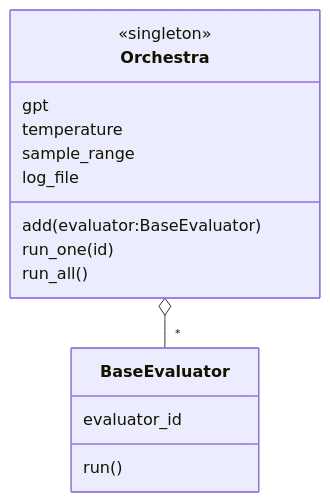
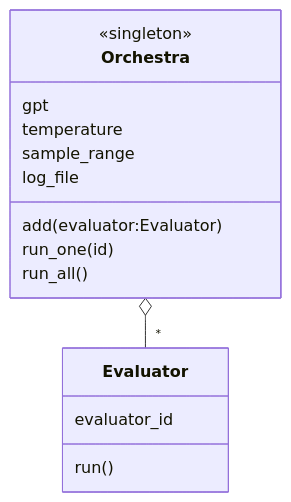
One commit to ulpgc-ai/evalia changed the fourth of 5 diagrams in class_architecture.md. Above: the diagram before and after it, drawn with Mermaid. The commit also changed other lines of this file and 14 other files, not shown here.

Commit message:
rename BaseEvaluator --> Evaluator

````diff
--- a/class_architecture.md
+++ b/class_architecture.md
@@ -142,18 +142,18 @@
 ```mermaid
 classDiagram
-    class BaseEvaluator {
+    class Evaluator {
         evaluator_id
         run()
     }
     class Orchestra {
         <<singleton>>
         gpt
         temperature
         sample_range
         log_file
-        add(evaluator:BaseEvaluator)
+        add(evaluator:Evaluator)
         run_one(id)
         run_all()
     }
-    Orchestra o-- "*" BaseEvaluator
+    Orchestra o-- "*" Evaluator
 ```
````
